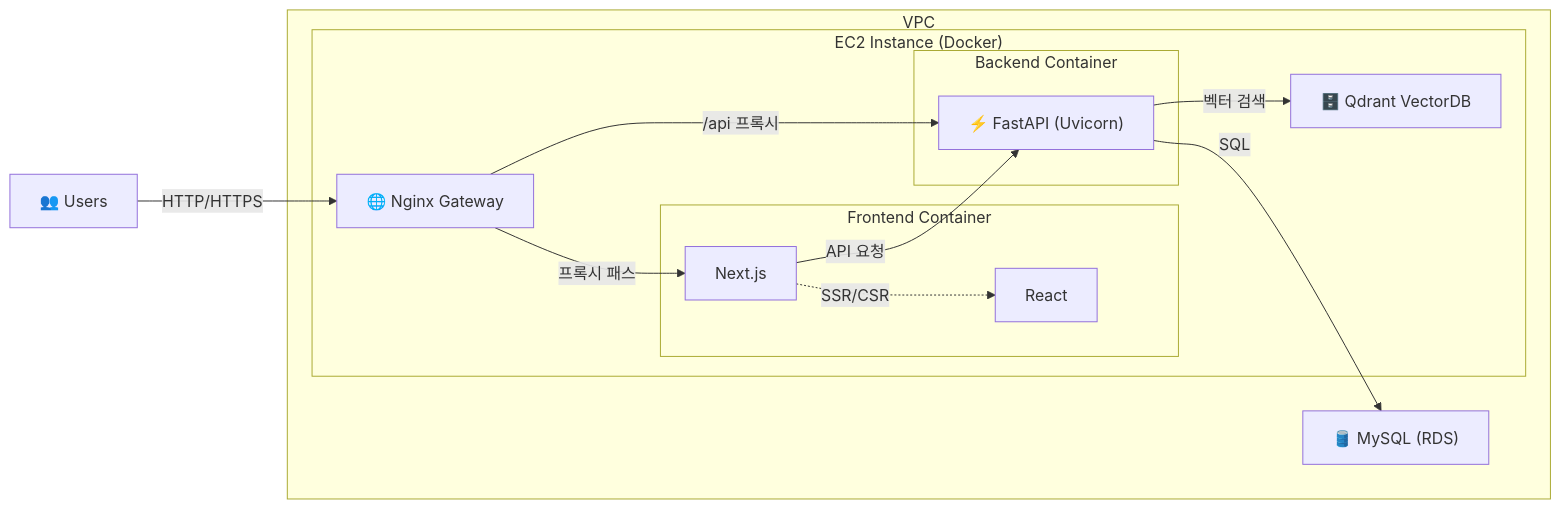
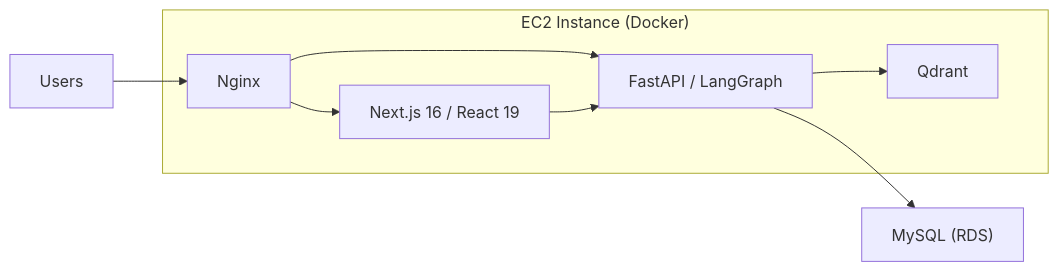
One commit to SKNETWORKS-FAMILY-AICAMP/SKN21-FINAL-2Team changed the first of 9 diagrams in docs/agent_sequence_diagrams.md. Above: the diagram before and after it, drawn with Mermaid. The commit also changed other lines of this file and 6 other files, not shown here.

````diff
--- a/docs/agent_sequence_diagrams.md
+++ b/docs/agent_sequence_diagrams.md
@@ -27,27 +9,20 @@
 ```mermaid
 graph LR
-    Users["👥 Users"]
+    Users["Users"]
 
-    subgraph VPC
-        subgraph EC2["EC2 Instance (Docker)"]
-            Nginx["🌐 Nginx Gateway"]
-            subgraph Frontend["Frontend Container"]
-                NextJS["Next.js"]
-                React["React"]
-            end
-            subgraph Backend["Backend Container"]
-                FastAPI["⚡ FastAPI (Uvicorn)"]
-            end
-            Qdrant["🗄️ Qdrant VectorDB"]
-        end
-        RDS["🛢️ MySQL (RDS)"]
+    subgraph EC2["EC2 Instance (Docker)"]
+        Nginx["Nginx"]
+        Frontend["Next.js 16 / React 19"]
+        Backend["FastAPI / LangGraph"]
+        Qdrant["Qdrant"]
     end
 
-    Users -->|HTTP/HTTPS| Nginx
-    Nginx -->|프록시 패스| NextJS
-    NextJS -.->|SSR/CSR| React
-    NextJS -->|API 요청| FastAPI
-    Nginx -->|/api 프록시| FastAPI
-    FastAPI -->|SQL| RDS
-    FastAPI -->|벡터 검색| Qdrant
+    RDS["MySQL (RDS)"]
+
+    Users --> Nginx
+    Nginx --> Frontend
+    Nginx --> Backend
+    Frontend --> Backend
+    Backend --> Qdrant
+    Backend --> RDS
 ```
````
